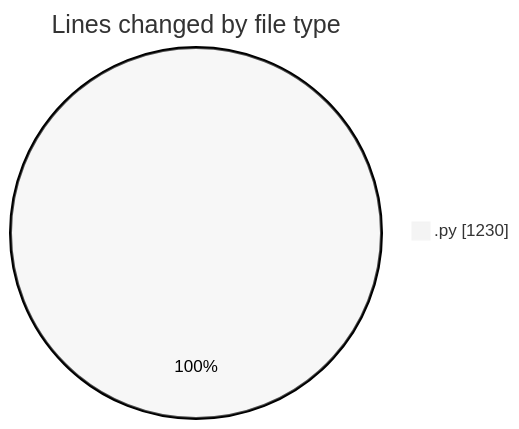
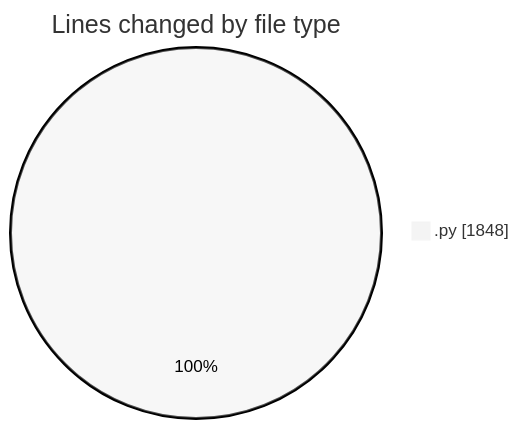
Before and after one commit to julien-gomy/code-tracking: the first of 2 diagrams in 2025-11-25/eventscop-api-guide__workspace_/README.md, drawn with Mermaid (neutral theme). The commit also changed other lines of this file and 1 other file, not shown here.

````diff
--- a/2025-11-25/eventscop-api-guide__workspace_/README.md
+++ b/2025-11-25/eventscop-api-guide__workspace_/README.md
@@ -22,5 +23,5 @@
 ```mermaid
 pie showData
 title Lines changed by file type
-".py" : 1230
+".py" : 1848
 ```
````
